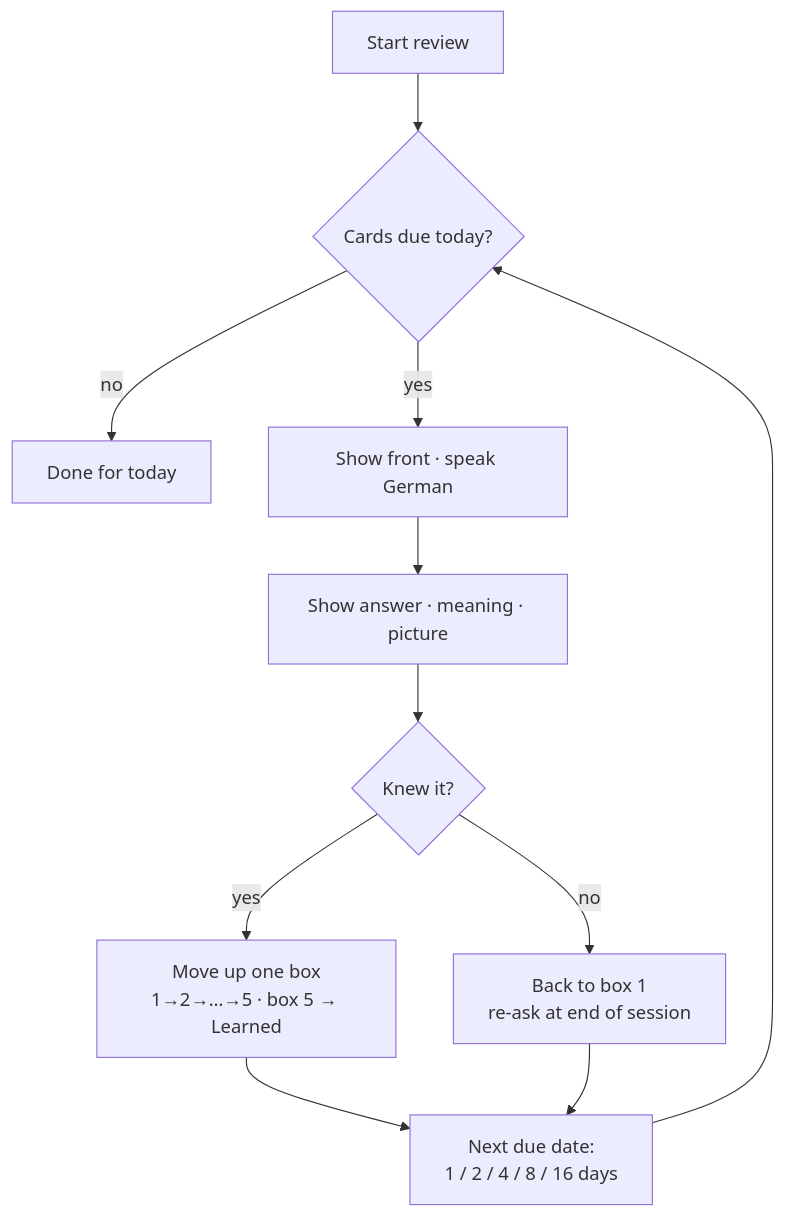
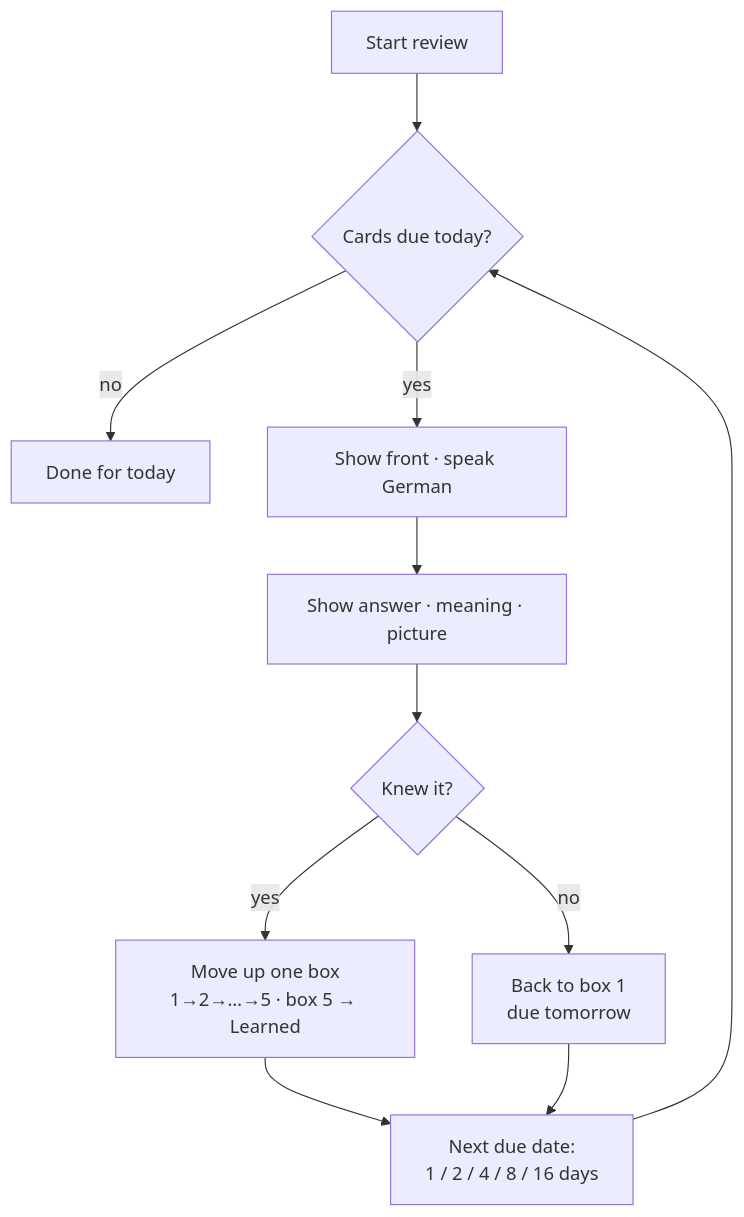
One commit to MP-SoftwareDeveloper/Language_Learning_Box changed the second of 3 diagrams in ROADMAP.md. Above: the diagram before and after it, drawn with Mermaid. The commit also changed other lines of this file and 4 other files, not shown here.

First line of the commit message:
Review: don't re-ask failed cards in the same session

````diff
--- a/ROADMAP.md
+++ b/ROADMAP.md
@@ -39,13 +39,13 @@
 ```mermaid
 flowchart TD
     S[Start review] --> Q{Cards due today?}
     Q -- no --> E[Done for today]
     Q -- yes --> C[Show front · speak German]
     C --> A[Show answer · meaning · picture]
     A --> K{Knew it?}
     K -- yes --> U[Move up one box<br/>1→2→…→5 · box 5 → Learned]
-    K -- no --> D[Back to box 1<br/>re-ask at end of session]
+    K -- no --> D[Back to box 1<br/>due tomorrow]
     U --> N[Next due date:<br/>1 / 2 / 4 / 8 / 16 days]
     D --> N
     N --> Q
 ```
````
